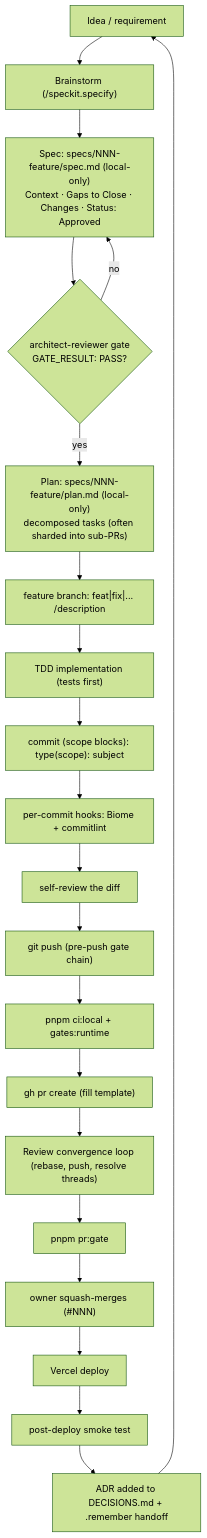
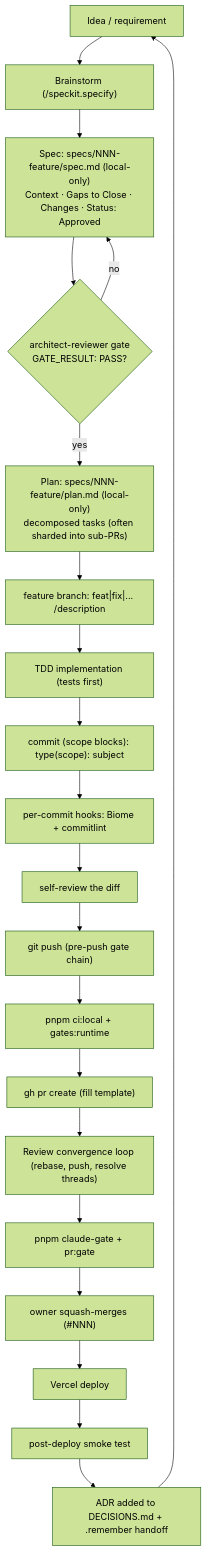
The first of 2 diagrams in docs/handbook/development-lifecycle.md (erikunha/portfolio), drawn with Mermaid (forest theme) before and after one commit. The commit also changed other lines of this file and 17 other files, not shown here.

Commit message:
feat(ci): restore claude-review — auto on every PR, inline findings, fail-closed gate (#237)

````diff
--- a/docs/handbook/development-lifecycle.md
+++ b/docs/handbook/development-lifecycle.md
@@ -7,23 +7,23 @@
 ```mermaid
 flowchart TD
     idea["Idea / requirement"] --> brainstorm["Brainstorm (/speckit.specify)"]
     brainstorm --> spec["Spec: specs/NNN-feature/spec.md (local-only)<br/>Context · Gaps to Close · Changes · Status: Approved"]
     spec --> agate{"architect-reviewer gate<br/>GATE_RESULT: PASS?"}
     agate -->|no| spec
     agate -->|yes| plan["Plan: specs/NNN-feature/plan.md (local-only)<br/>decomposed tasks (often sharded into sub-PRs)"]
     plan --> branch["feature branch: feat|fix|... /description"]
     branch --> tdd["TDD implementation (tests first)"]
     tdd --> commit["commit (scope blocks): type(scope): subject"]
     commit --> hooks["per-commit hooks: Biome + commitlint"]
     hooks --> battery["self-review the diff"]
     battery --> push["git push (pre-push gate chain)"]
     push --> readypr["pnpm ci:local + gates:runtime"]
     readypr --> pr["gh pr create (fill template)"]
     pr --> conv["Review convergence loop (rebase, push, resolve threads)"]
-    conv --> readymerge["pnpm pr:gate"]
+    conv --> readymerge["pnpm claude-gate + pr:gate"]
     readymerge --> merge["owner squash-merges (#NNN)"]
     merge --> deploy["Vercel deploy"]
     deploy --> smoke["post-deploy smoke test"]
     smoke --> adr["ADR added to DECISIONS.md + .remember handoff"]
     adr --> idea
 ```
````
